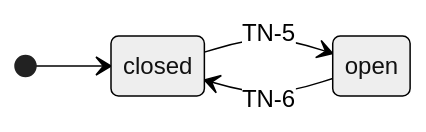
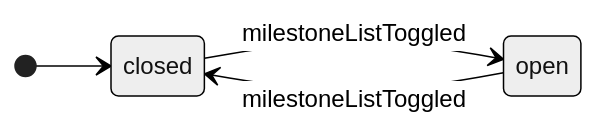
The third of 14 diagrams in docs/spec/_assets/tbl-state-machines.md (GoodRelax/gr-scheduler), drawn with Mermaid (neutral theme) before and after one commit. The commit also changed other lines of this file and 22 other files, not shown here.

````diff
--- a/docs/spec/_assets/tbl-state-machines.md
+++ b/docs/spec/_assets/tbl-state-machines.md
@@ -200,9 +146,9 @@
 ```mermaid
 stateDiagram-v2
     direction LR
-    [*] --> screen_milestoneList_closed
-    screen_milestoneList_closed : closed
-    screen_milestoneList_open : open
-    screen_milestoneList_closed --> screen_milestoneList_open : TN-5
-    screen_milestoneList_open --> screen_milestoneList_closed : TN-6
+    [*] --> milestoneListDisplayStateMachine_closed
+    milestoneListDisplayStateMachine_closed : closed
+    milestoneListDisplayStateMachine_open : open
+    milestoneListDisplayStateMachine_closed --> milestoneListDisplayStateMachine_open : milestoneListToggled
+    milestoneListDisplayStateMachine_open --> milestoneListDisplayStateMachine_closed : milestoneListToggled
 ```
````
